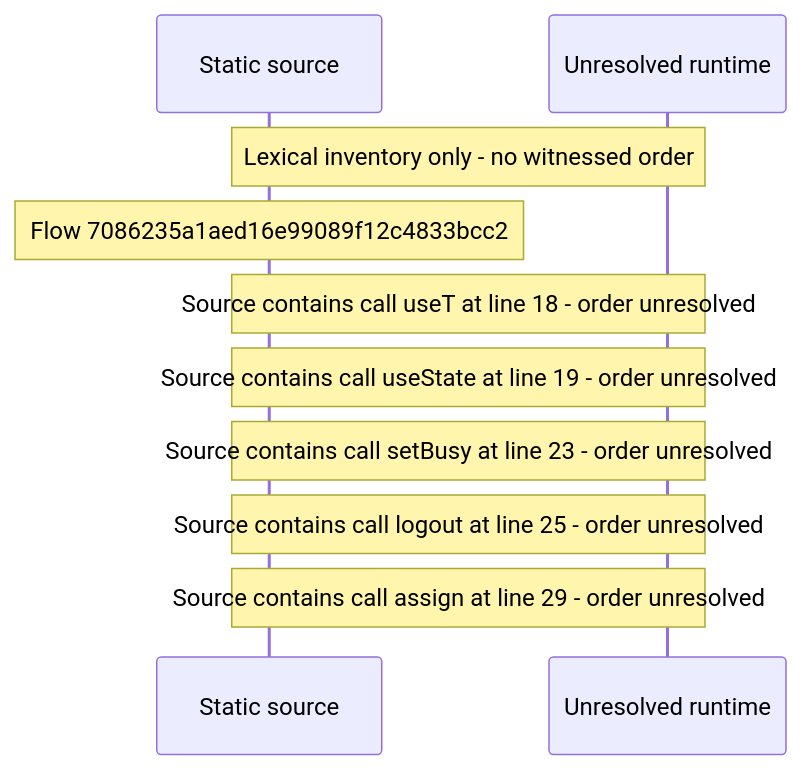
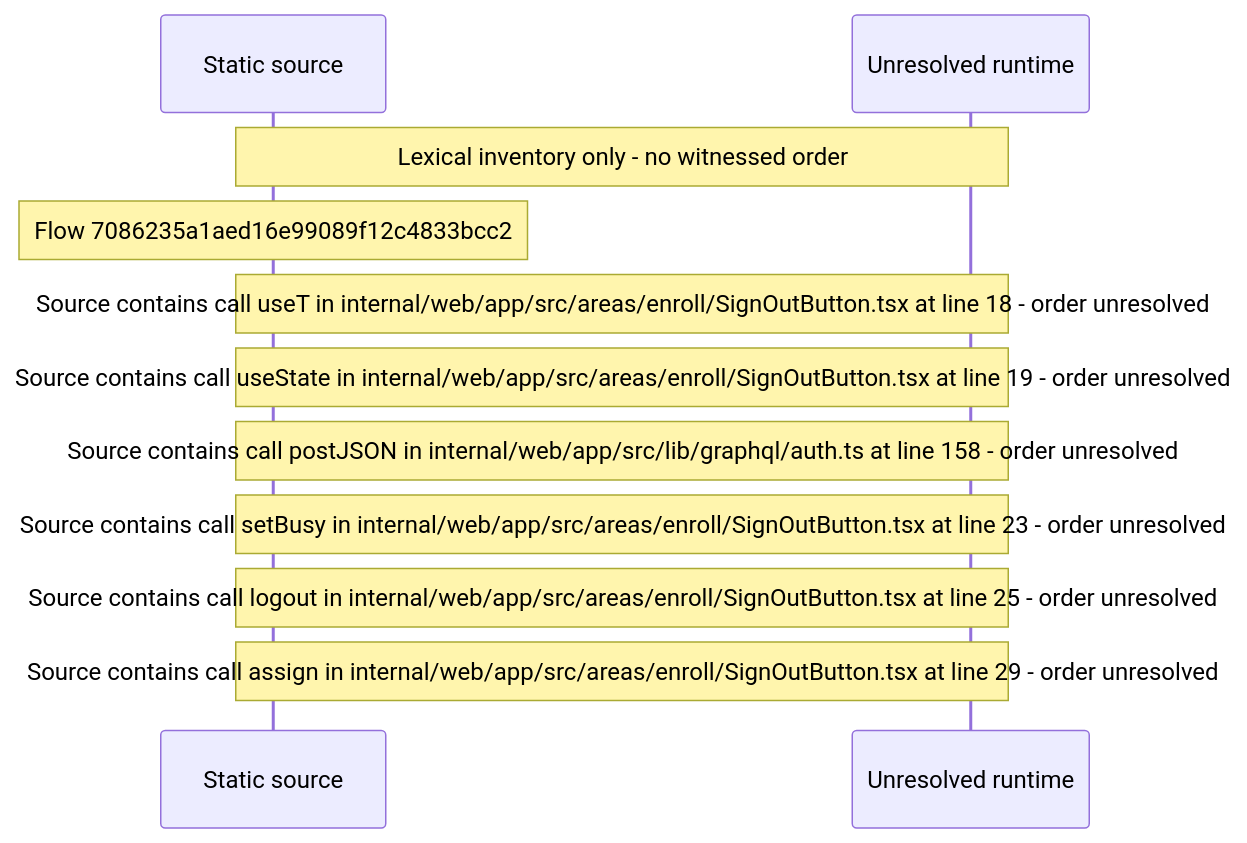
One commit to beamfall/core changed the diagram in docs/web/flows/generated/7086235a1aed16e99089f12c4833bcc2/flow-diagram.md. Above: the diagram before and after it, drawn with Mermaid. The commit also changed other lines of this file and 699 other files, not shown here.

Commit message:
Regenerate the web flow record with flow generator version 5

````diff
--- a/docs/web/flows/generated/7086235a1aed16e99089f12c4833bcc2/flow-diagram.md
+++ b/docs/web/flows/generated/7086235a1aed16e99089f12c4833bcc2/flow-diagram.md
@@ -10,12 +10,13 @@
 ```mermaid
 sequenceDiagram
     participant S as Static source
     participant U as Unresolved runtime
     Note over S,U: Lexical inventory only - no witnessed order
     Note over S: Flow 7086235a1aed16e99089f12c4833bcc2
-    Note over S,U: Source contains call useT at line 18 - order unresolved
-    Note over S,U: Source contains call useState at line 19 - order unresolved
-    Note over S,U: Source contains call setBusy at line 23 - order unresolved
-    Note over S,U: Source contains call logout at line 25 - order unresolved
-    Note over S,U: Source contains call assign at line 29 - order unresolved
+    Note over S,U: Source contains call useT in internal/web/app/src/areas/enroll/SignOutButton.tsx at line 18 - order unresolved
+    Note over S,U: Source contains call useState in internal/web/app/src/areas/enroll/SignOutButton.tsx at line 19 - order unresolved
+    Note over S,U: Source contains call postJSON in internal/web/app/src/lib/graphql/auth.ts at line 158 - order unresolved
+    Note over S,U: Source contains call setBusy in internal/web/app/src/areas/enroll/SignOutButton.tsx at line 23 - order unresolved
+    Note over S,U: Source contains call logout in internal/web/app/src/areas/enroll/SignOutButton.tsx at line 25 - order unresolved
+    Note over S,U: Source contains call assign in internal/web/app/src/areas/enroll/SignOutButton.tsx at line 29 - order unresolved
 ```
````
